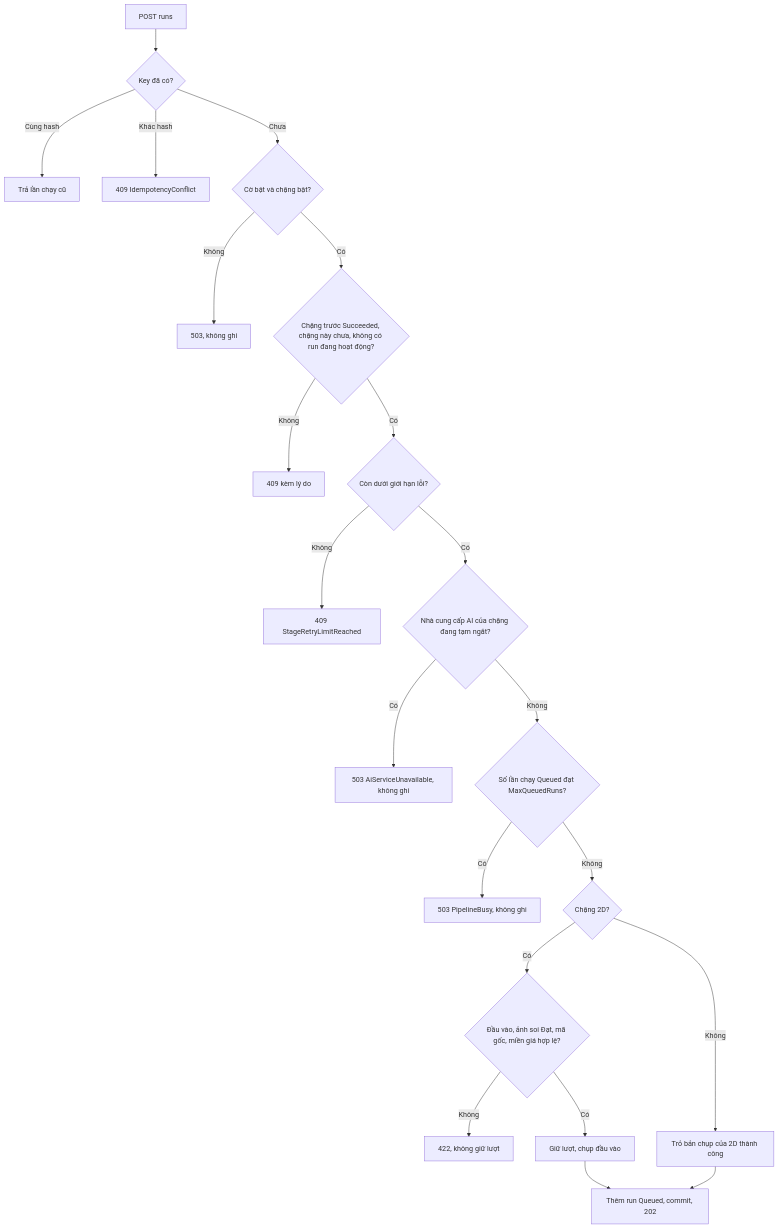
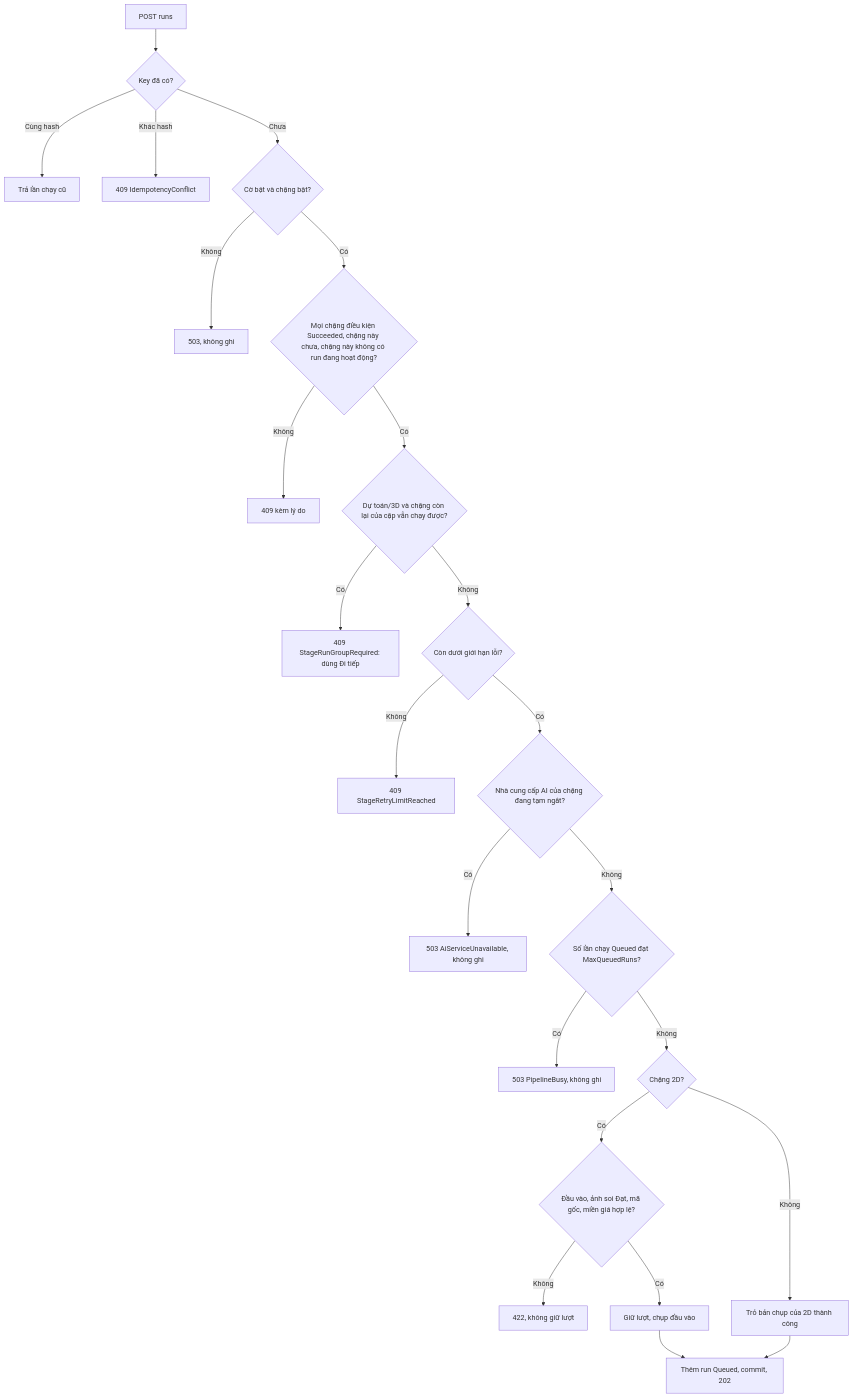
One commit to TaskCoper/bmt-documentation changed the third of 6 diagrams in tdd/TDD-PROJ-006.md. Above: the diagram before and after it, drawn with Mermaid. The commit also changed other lines of this file and 91 other files, not shown here.

````diff
--- a/tdd/TDD-PROJ-006.md
+++ b/tdd/TDD-PROJ-006.md
@@ -206,23 +230,25 @@
 ```mermaid
 flowchart TD
     A[POST runs] --> C{Key đã có?}
     C -->|Cùng hash| R[Trả lần chạy cũ]
     C -->|Khác hash| E2[409 IdempotencyConflict]
     C -->|Chưa| B{Cờ bật và chặng bật?}
     B -->|Không| E1[503, không ghi]
-    B -->|Có| D{Chặng trước Succeeded, chặng này chưa, không có run đang hoạt động?}
+    B -->|Có| D{Mọi chặng điều kiện Succeeded, chặng này chưa, chặng này không có run đang hoạt động?}
     D -->|Không| E3[409 kèm lý do]
-    D -->|Có| F{Còn dưới giới hạn lỗi?}
+    D -->|Có| GR{Dự toán/3D và chặng còn lại của cặp vẫn chạy được?}
+    GR -->|Có| E8[409 StageRunGroupRequired: dùng Đi tiếp]
+    GR -->|Không| F{Còn dưới giới hạn lỗi?}
     F -->|Không| E4[409 StageRetryLimitReached]
     F -->|Có| BR{Nhà cung cấp AI của chặng đang tạm ngắt?}
     BR -->|Có| E6[503 AiServiceUnavailable, không ghi]
     BR -->|Không| QB{Số lần chạy Queued đạt MaxQueuedRuns?}
     QB -->|Có| E7[503 PipelineBusy, không ghi]
     QB -->|Không| G{Chặng 2D?}
     G -->|Có| H{Đầu vào, ảnh soi Đạt, mã gốc, miền giá hợp lệ?}
     H -->|Không| E5[422, không giữ lượt]
     H -->|Có| I[Giữ lượt, chụp đầu vào]
     G -->|Không| J[Trỏ bản chụp của 2D thành công]
     I --> K[Thêm run Queued, commit, 202]
     J --> K
 ```
````
